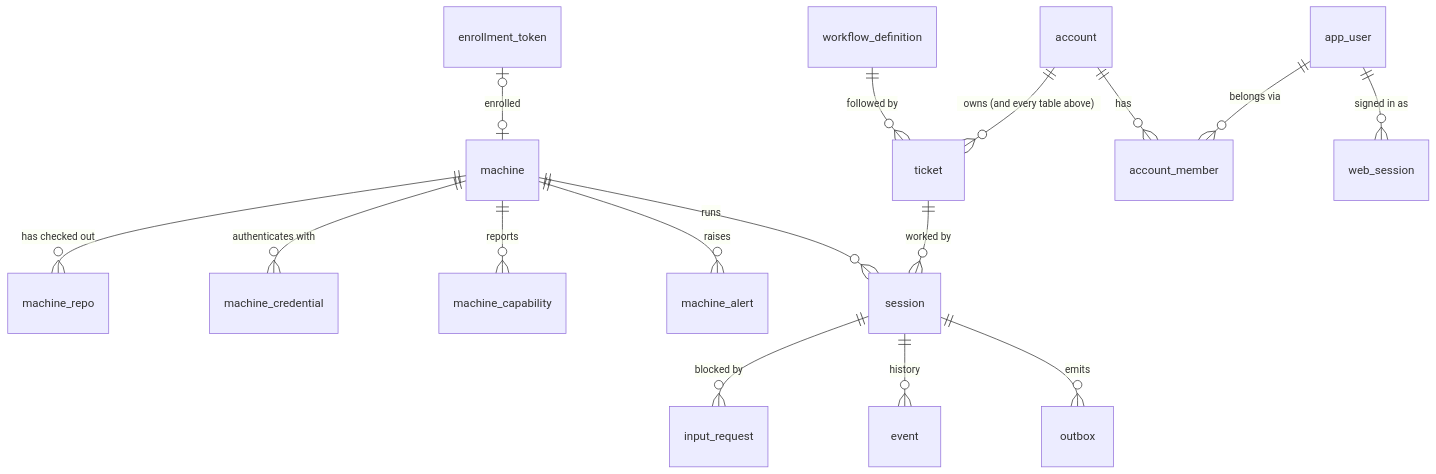
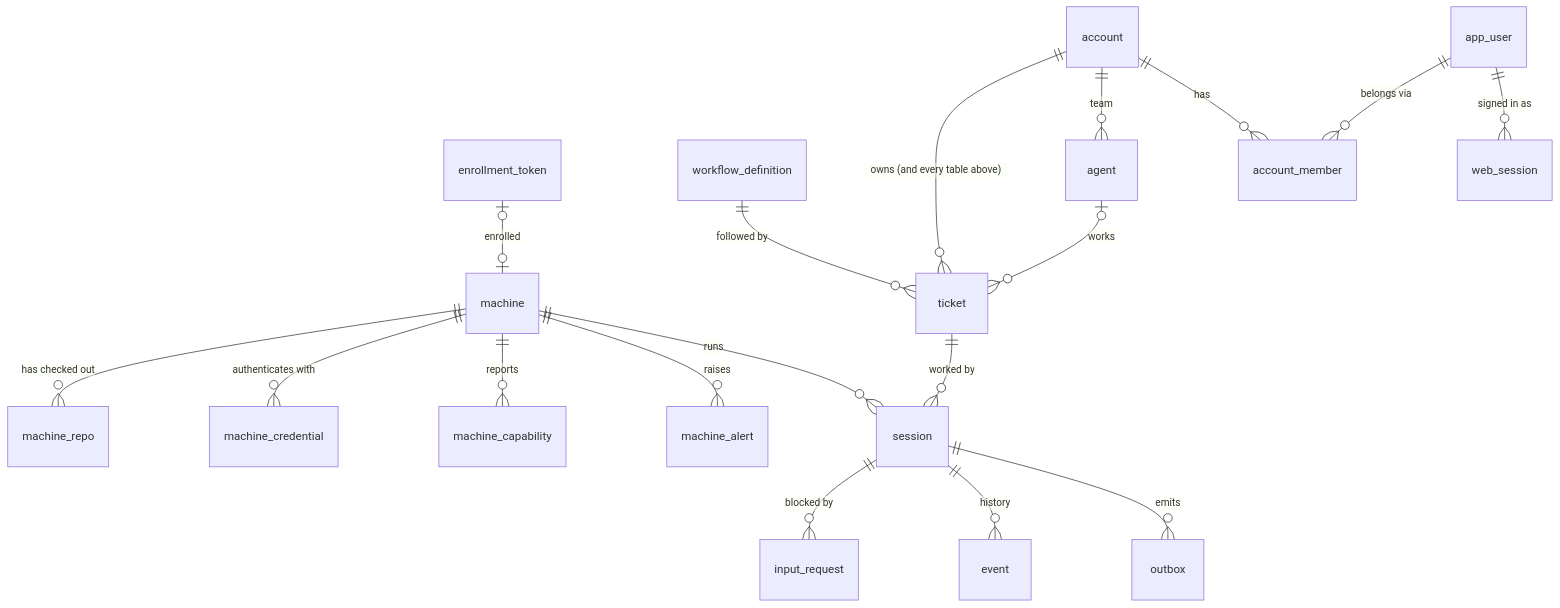
Before and after one commit to benjgrad/conductor: the diagram in docs/design/02-data-model.md, drawn with Mermaid. The commit also changed other lines of this file and 20 other files, not shown here.

First line of the commit message:
feat(orchestrator): agent team and hiring pool (UX-13a)

````diff
--- a/docs/design/02-data-model.md
+++ b/docs/design/02-data-model.md
@@ -5,18 +5,20 @@
 ```mermaid
 erDiagram
   machine ||--o{ machine_repo : "has checked out"
   machine ||--o{ machine_credential : "authenticates with"
   machine ||--o{ machine_capability : "reports"
   machine ||--o{ machine_alert : "raises"
   enrollment_token |o--o| machine : "enrolled"
   machine ||--o{ session : "runs"
   ticket ||--o{ session : "worked by"
   workflow_definition ||--o{ ticket : "followed by"
   session ||--o{ input_request : "blocked by"
   session ||--o{ event : "history"
   session ||--o{ outbox : "emits"
   account ||--o{ ticket : "owns (and every table above)"
+  agent |o--o{ ticket : "works"
+  account ||--o{ agent : "team"
   account ||--o{ account_member : "has"
   app_user ||--o{ account_member : "belongs via"
   app_user ||--o{ web_session : "signed in as"
 ```
````
